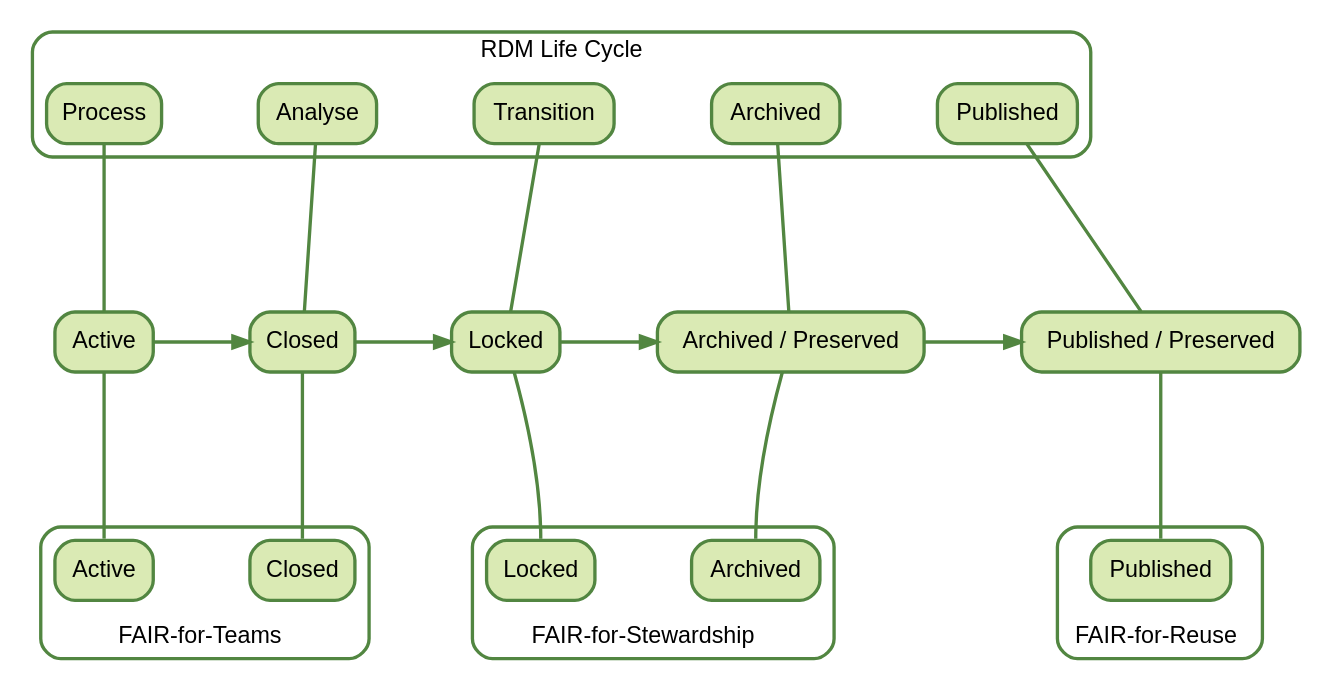
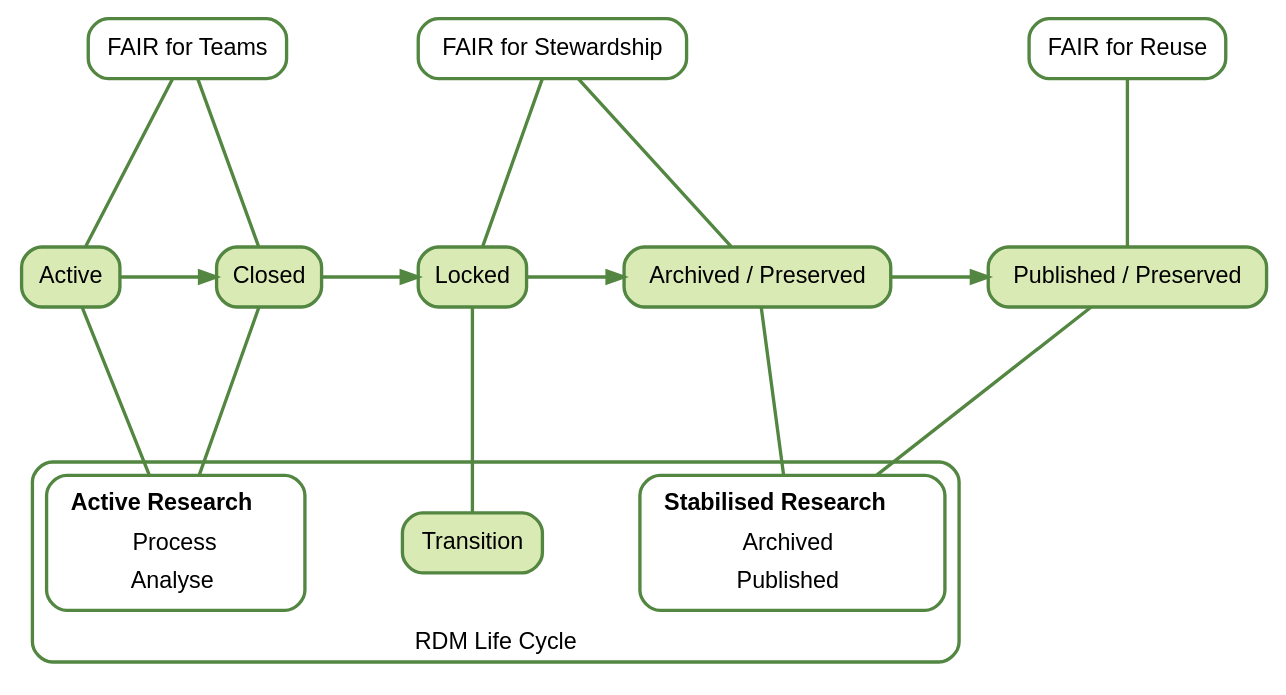
The diagram in book/data-lifecycle.qmd (chStaiger/rdm-tech-foundations), drawn with Graphviz before and after one commit. The commit also changed other lines of this file and 2 other files, not shown here.

First line of the commit message:
Review rdm lc (#61)

````diff
--- a/book/data-lifecycle.qmd
+++ b/book/data-lifecycle.qmd
@@ -96,7 +146,7 @@
         fontsize=14,
         ranksep=1.4,
         nodesep=0.8
-    ];
+    ]
 
     node [
         shape=box,
@@ -107,7 +157,7 @@
         fillcolor="#DAEAB4",
         penwidth=2,
         sketch=1
-    ];
+    ]
 
     edge [
         fontname="Helvetica",
@@ -115,130 +165,105 @@
         color="#528641",
         fontcolor="#528641",
         penwidth=2
-    ];
+    ]
 
     /* -------------------------
-       RDM LIFE CYCLE (TOP ROW)
+       TOP ROW — FAIR SCOPE NODES
        ------------------------- */
-    subgraph cluster_rdm {
-        label="RDM Life Cycle";
-        fontsize=14;
-        style="rounded";
-        color="#528641";
-        penwidth=2;
 
-        R1 [label="Process"];
-        R2 [label="Analyse"];
-        R3 [label="Transition"];
-        R4 [label="Archived"];
-        R5 [label="Published"];
+    FT [label="FAIR for Teams", fillcolor="white"];
+    FS [label="FAIR for Stewardship", fillcolor="white"];
+    FR [label="FAIR for Reuse", fillcolor="white"];
 
-        { rank = same; R1; R2; R3; R4; R5; }
-    }
+    { rank = min; FT; FS; FR }
 
     /* -------------------------
-       DATA STATES (MIDDLE ROW)
+       MIDDLE ROW — DATA STATES
        ------------------------- */
-    A [label="Active"];
-    C [label="Closed"];
-    L [label="Locked"];
-    R [label="Archived / Preserved"];
-    P [label="Published / Preserved"];
 
-    { rank = same; A; C; L; R; P; }
+    A [label="Active"]
+    C [label="Closed"]
+    L [label="Locked"]
+    R [label="Archived / Preserved"]
+    P [label="Published / Preserved"]
+
+    { rank = same; A; C; L; R; P }
 
     /* Flow of data states */
-    A -> C;
-    C -> L;
-    L -> R;
-    R -> P;
+    A -> C
+    C -> L
+    L -> R
+    R -> P
 
     /* -------------------------
-       FAIR SCOPES (BOTTOM ROW)
+       BOTTOM ROW — RDM LIFE CYCLE
        ------------------------- */
 
-    /* FAIR-for-Teams */
-    subgraph cluster_fair1 {
-        fontsize=14;
-        style="rounded";
-        color="#528641";
-        penwidth=2;
+subgraph cluster_rdm {
+    label="RDM Life Cycle"
+    fontsize=14
+    style="rounded"
+    color="#528641"
+    penwidth=2
+    labelloc="b"
 
+    /* Composite node for Active Research */
+    R_active [
+        shape=box,
+        style="rounded,filled",
+        fillcolor="white",
+        color="#528641",
+        penwidth=2,
         label=<
-            <TABLE BORDER="0" CELLBORDER="0" CELLSPACING="0">
-                <TR><TD>FAIR‑for‑Teams</TD></TR>
+            <TABLE BORDER="0" CELLBORDER="0" CELLSPACING="4">
+                <TR><TD><B>Active Research</B></TD></TR>
+                <TR><TD>Process</TD></TR>
+                <TR><TD>Analyse</TD></TR>
             </TABLE>
-        >;
-        labelloc="b";
-        labeljust="c";
+        >
+    ]
 
-        FT1 [label="Active"];
-        FT2 [label="Closed"];
+    /* Composite node for Stabilised Research */
+    R_stabilised [
+        shape=box,
+        style="rounded,filled",
+        fillcolor="white",
+        color="#528641",
+        penwidth=2,
+        label=<
+            <TABLE BORDER="0" CELLBORDER="0" CELLSPACING="4">
+                <TR><TD><B>Stabilised Research</B></TD></TR>
+                <TR><TD>Archived</TD></TR>
+                <TR><TD>Published</TD></TR>
+            </TABLE>
+        >
+    ]
 
-        { rank = same; FT1; FT2; }
-    }
+    /* Transition stays a normal node */
+    R3 [label="Transition"]
+}
 
-    /* FAIR-for-Stewardship */
-    subgraph cluster_fair2 {
-        fontsize=14;
-        style="rounded";
-        color="#528641";
-        penwidth=2;
 
-        label=<
-            <TABLE BORDER="0" CELLBORDER="0" CELLSPACING="0">
-                <TR><TD>FAIR‑for‑Stewardship</TD></TR>
-            </TABLE>
-        >;
-        labelloc="b";
-        labeljust="c";
-
-        FS1 [label="Locked"];
-        FS2 [label="Archived"];
-
-        { rank = same; FS1; FS2; }
-    }
-
-    /* FAIR-for-Reuse */
-    subgraph cluster_fair3 {
-        fontsize=14;
-        style="rounded";
-        color="#528641";
-        penwidth=2;
-
-        label=<
-            <TABLE BORDER="0" CELLBORDER="0" CELLSPACING="0">
-                <TR><TD>FAIR‑for‑Reuse</TD></TR>
-            </TABLE>
-        >;
-        labelloc="b";
-        labeljust="c";
-
-        FR1 [label="Published"];
-
-        { rank = same; FR1; }
-    }
-
+    
     /* -------------------------
-       ALIGNMENT LINES (no arrows)
-       Using ports to avoid crossing labels
+       ALIGNMENT LINES
        ------------------------- */
 
     /* RDM → Data States */
-    R1 -> A [dir=none];
-    R2 -> C [dir=none];
-    R3 -> L [dir=none];
-    R4 -> R [dir=none];
-    R5 -> P [dir=none];
+    A -> R_active [dir=none]
+    C -> R_active [dir=none]
+    L -> R3 [dir=none]
+    R -> R_stabilised [dir=none]
+    P -> R_stabilised [dir=none]
 
-    /* Data States → FAIR Scopes (top ports) */
-    A -> FT1:n [dir=none];
-    C -> FT2:n [dir=none];
+    /* Data States → FAIR Scopes */
+    A -> FT [dir=none]
+    C -> FT [dir=none]
 
-    L -> FS1:n [dir=none];
-    R -> FS2:n [dir=none];
+    L -> FS [dir=none]
+    R -> FS [dir=none]
 
-    P -> FR1:n [dir=none];
+    P -> FR [dir=none]
 }
 
 ```
````
